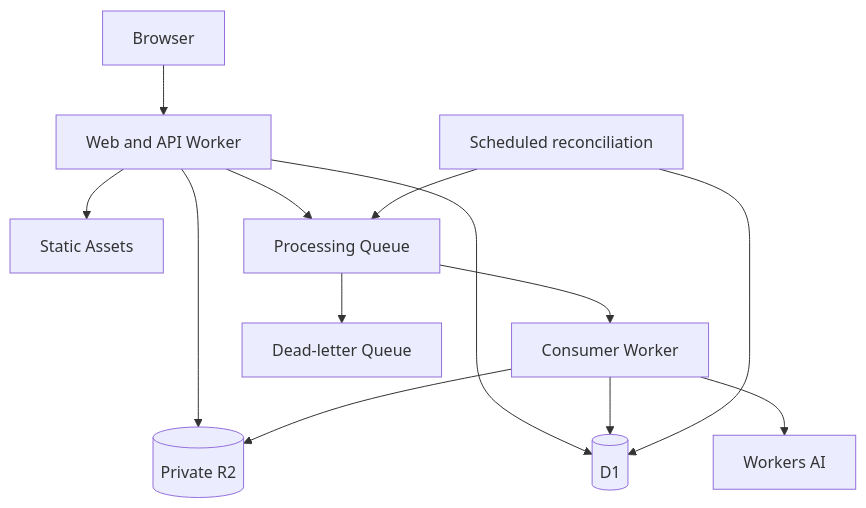
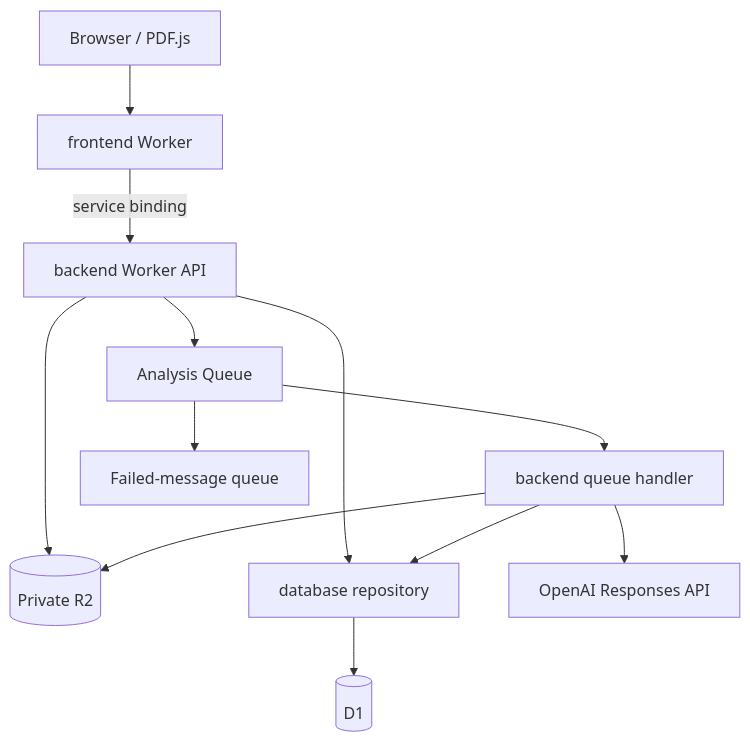
One commit to sg-connect/edu-cloud changed the diagram in docs/architecture.md. Above: the diagram before and after it, drawn with Mermaid. The commit also changed other lines of this file and 50 other files, not shown here.

````diff
--- a/docs/architecture.md
+++ b/docs/architecture.md
@@ -31,15 +17,14 @@
 ```mermaid
 flowchart TD
-    B[Browser] --> W[Web and API Worker]
-    W --> S[Static Assets]
-    W --> D[(D1)]
-    W --> R[(Private R2)]
-    W --> Q[Processing Queue]
-    Q --> C[Consumer Worker]
-    C --> A[Workers AI]
-    C --> D
-    C --> R
-    Q --> DLQ[Dead-letter Queue]
-    T[Scheduled reconciliation] --> D
-    T --> Q
+  B[Browser / PDF.js] --> F[frontend Worker]
+  F -->|service binding| API[backend Worker API]
+  API --> R[(Private R2)]
+  API --> REPO[database repository]
+  REPO --> D[(D1)]
+  API --> Q[Analysis Queue]
+  Q --> C[backend queue handler]
+  C --> REPO
+  C --> R
+  C --> O[OpenAI Responses API]
+  Q --> DLQ[Failed-message queue]
 ```
````
